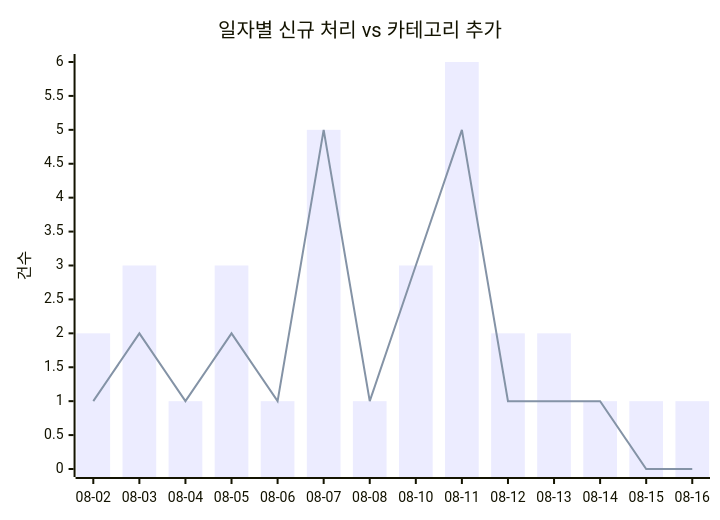
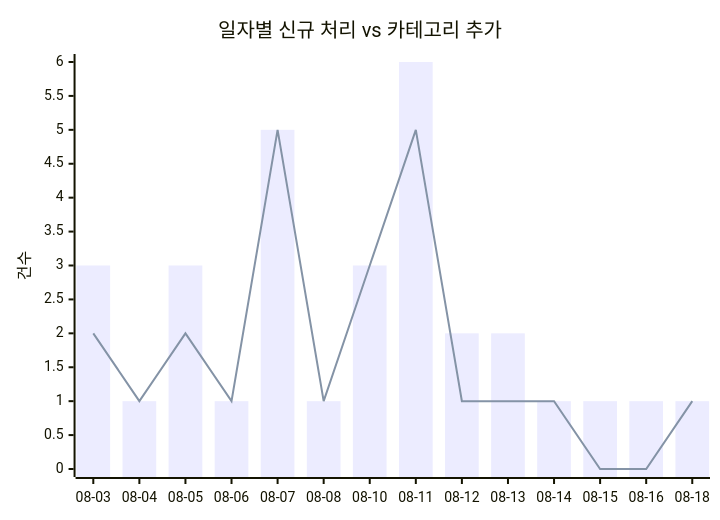
One commit to J-nowcow/awesome-korean-agent-skills changed the first of 2 diagrams in docs/trends.md. Above: the diagram before and after it, drawn with Mermaid. The commit also changed other lines of this file and 4 other files, not shown here.

````diff
--- a/docs/trends.md
+++ b/docs/trends.md
@@ -32,8 +32,8 @@
 ```mermaid
 xychart-beta
     title "일자별 신규 처리 vs 카테고리 추가"
-    x-axis ["08-02","08-03","08-04","08-05","08-06","08-07","08-08","08-10","08-11","08-12","08-13","08-14","08-15","08-16"]
+    x-axis ["08-03","08-04","08-05","08-06","08-07","08-08","08-10","08-11","08-12","08-13","08-14","08-15","08-16","08-18"]
     y-axis "건수"
-    bar [2,3,1,3,1,5,1,3,6,2,2,1,1,1]
-    line [1,2,1,2,1,5,1,3,5,1,1,1,0,0]
+    bar [3,1,3,1,5,1,3,6,2,2,1,1,1,1]
+    line [2,1,2,1,5,1,3,5,1,1,1,0,0,1]
 ```
````
